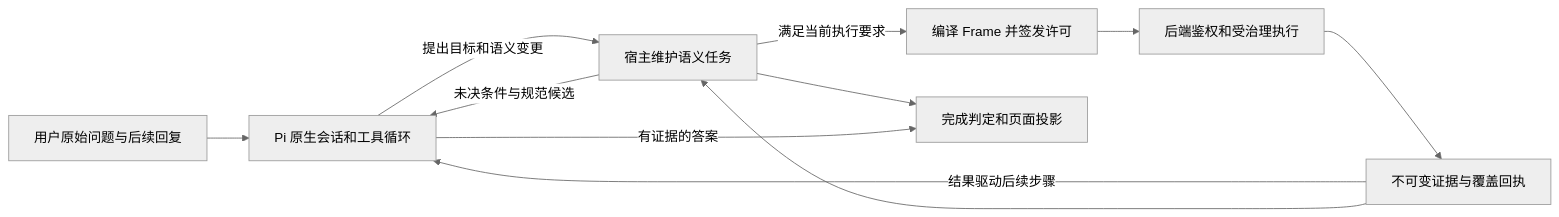
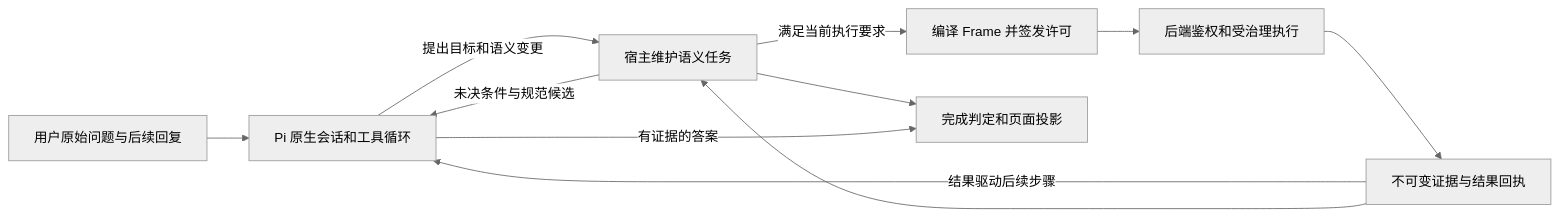
One commit to 6CYS/ask-metric-project changed the diagram in docs/pi-semantic-task/README.md. Above: the diagram before and after it, drawn with Mermaid (neutral theme). The commit also changed other lines of this file and 214 other files, not shown here.

````diff
--- a/docs/pi-semantic-task/README.md
+++ b/docs/pi-semantic-task/README.md
@@ -15,13 +15,13 @@
 ```mermaid
 flowchart LR
     U[用户原始问题与后续回复] --> P[Pi 原生会话和工具循环]
     P -->|提出目标和语义变更| T[宿主维护语义任务]
     T -->|未决条件与规范候选| P
     T -->|满足当前执行要求| F[编译 Frame 并签发许可]
     F --> B[后端鉴权和受治理执行]
-    B --> E[不可变证据与覆盖回执]
+    B --> E[不可变证据与结果回执]
     E -->|结果驱动后续步骤| P
     E --> T
     T --> V[完成判定和页面投影]
     P -->|有证据的答案| V
 ```
````
